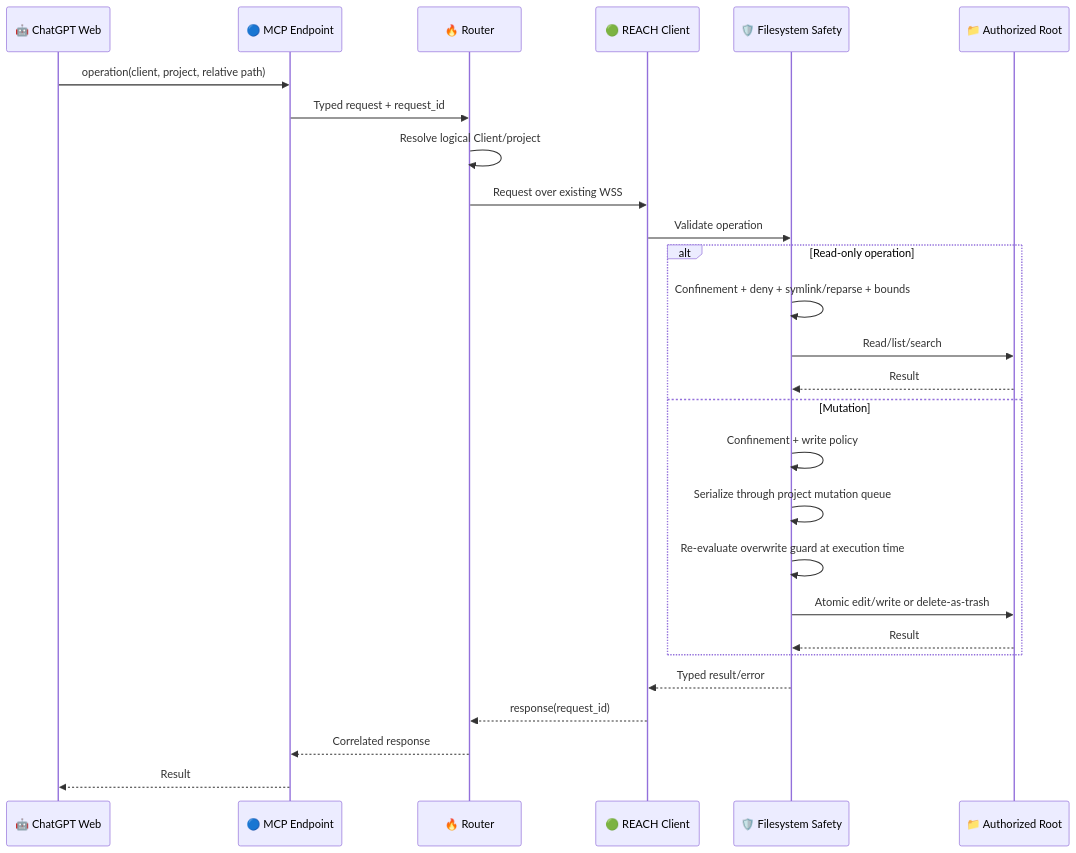
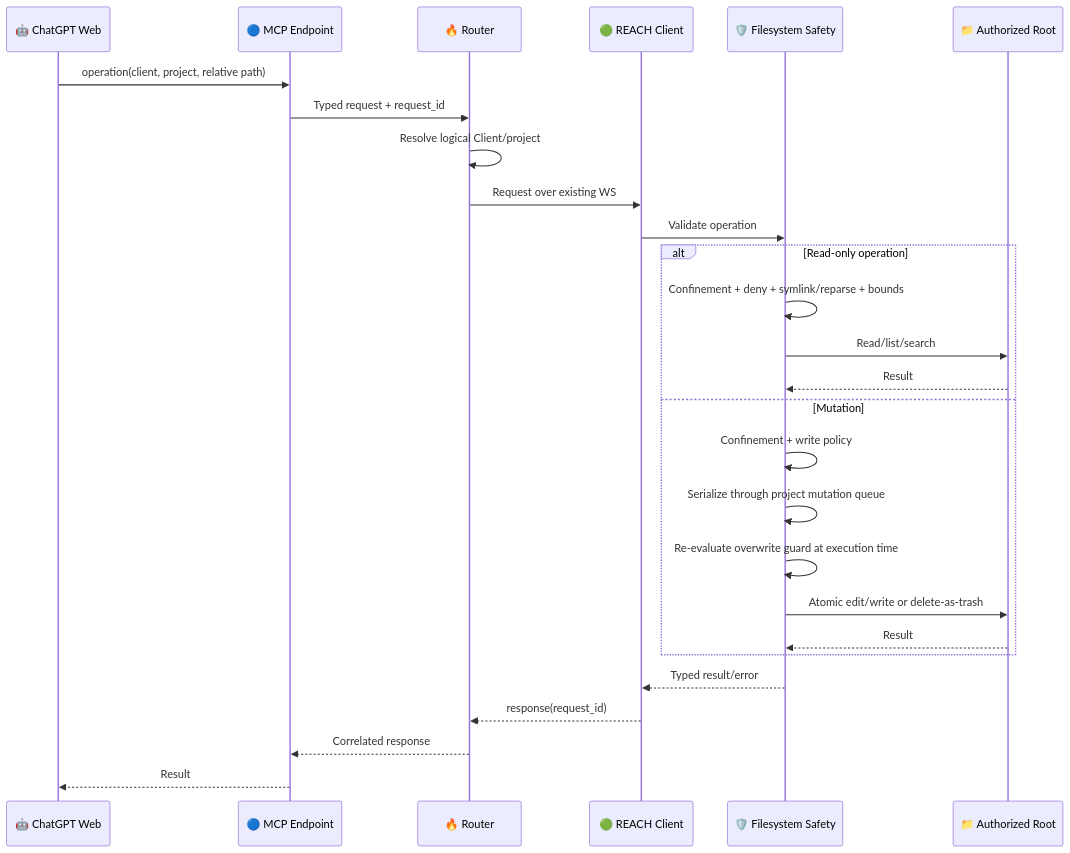
One commit to apinheiro99/reach-mcp changed the sixth of 9 diagrams in docs/architecture.md. Above: the diagram before and after it, drawn with Mermaid. The commit also changed other lines of this file and 13 other files, not shown here.

````diff
--- a/docs/architecture.md
+++ b/docs/architecture.md
@@ -412,32 +415,32 @@
 ```mermaid
 sequenceDiagram
     participant G as 🤖 ChatGPT Web
     participant M as 🔵 MCP Endpoint
     participant R as 🔥 Router
     participant C as 🟢 REACH Client
     participant F as 🛡️ Filesystem Safety
     participant D as 📁 Authorized Root
 
     G->>M: operation(client, project, relative path)
     M->>R: Typed request + request_id
     R->>R: Resolve logical Client/project
-    R->>C: Request over existing WSS
+    R->>C: Request over existing WS
     C->>F: Validate operation
 
     alt Read-only operation
         F->>F: Confinement + deny + symlink/reparse + bounds
         F->>D: Read/list/search
         D-->>F: Result
     else Mutation
         F->>F: Confinement + write policy
         F->>F: Serialize through project mutation queue
         F->>F: Re-evaluate overwrite guard at execution time
         F->>D: Atomic edit/write or delete-as-trash
         D-->>F: Result
     end
 
     F-->>C: Typed result/error
     C-->>R: response(request_id)
     R-->>M: Correlated response
     M-->>G: Result
 ```
````
